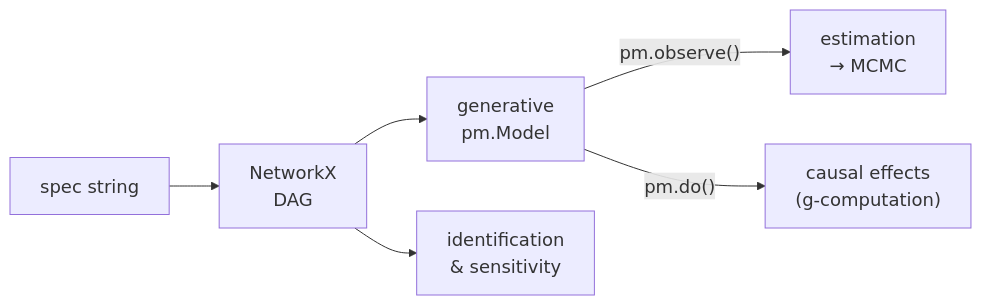
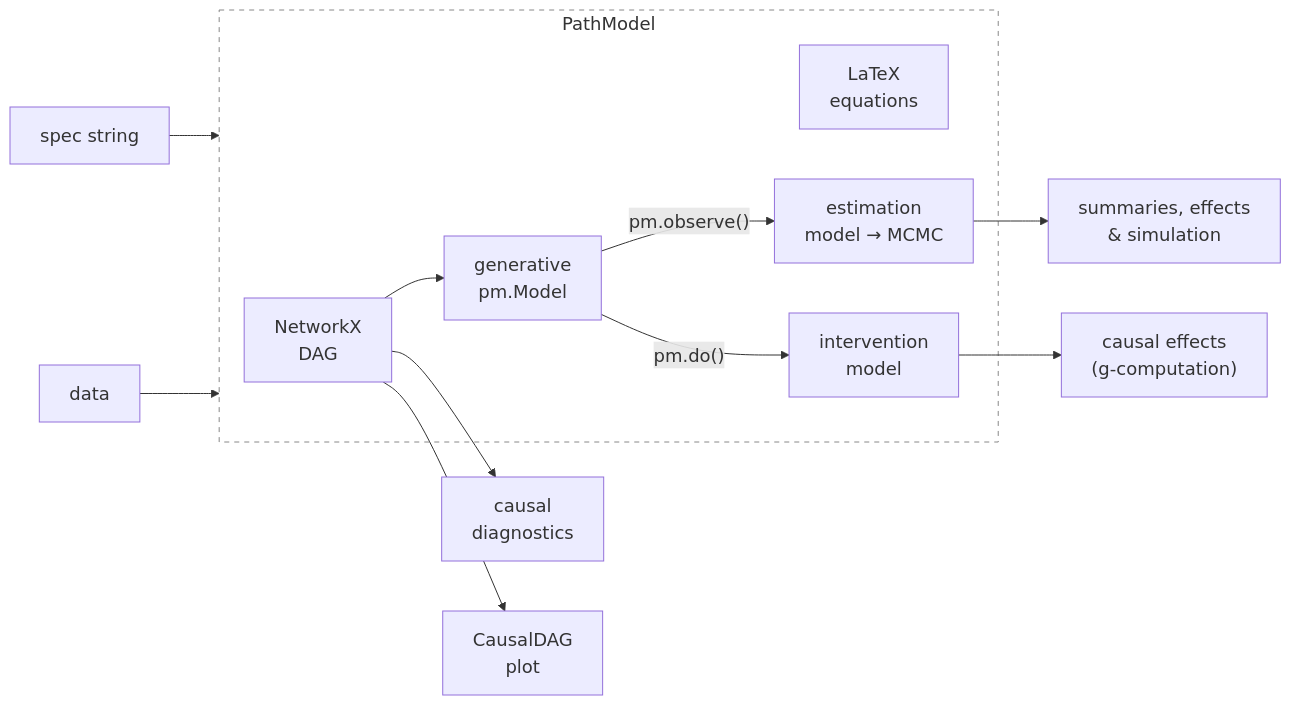
One commit to pymc-labs/pathmc changed the first of 3 diagrams in docs/how-it-works.qmd. Above: the diagram before and after it, drawn with Mermaid. The commit also changed other lines of this file, not shown here.

Commit message:
Docs: Revise quick overview to show PathModel architecture and causal diagnostics
Rework the how-it-works overview diagram and text to more accurately
reflect the PathModel as the central object. The diagram now shows
inputs (spec string, data) flowing into a PathModel container that
holds the DAG, LaTeX equations, and generative model with its two
derived models (estimation via pm.observe, intervention via pm.do).
Outputs radiate outward: summaries/effects/simulation, causal effects,
causal diagnostics, and CausalDAG plot.

Expand the causal diagnostics description with bullet points covering
identification, collider warnings, implied independence testing, and
sensitivity analysis.

Made-with: Cursor

````diff
--- a/docs/how-it-works.qmd
+++ b/docs/how-it-works.qmd
@@ -10,9 +10,20 @@
 ```{mermaid}
 %%{init: {'theme': 'default', 'themeVariables': {'fontSize': '18px'}}}%%
 flowchart LR
-    A["spec string"] --> B["NetworkX<br/>DAG"]
-    B --> C["generative<br/>pm.Model"]
-    C -->|"pm.observe()"| D["estimation<br/>→ MCMC"]
-    C -->|"pm.do()"| E["causal effects<br/>(g-computation)"]
-    B --> F["identification<br/>& sensitivity"]
+    A["spec string"] --> PM
+    D["data"] --> PM
+
+    subgraph PM [" PathModel "]
+        B["NetworkX<br/>DAG"] --> C["generative<br/>pm.Model"]
+        M["LaTeX<br/>equations"]
+        C -->|"pm.observe()"| E["estimation<br/>model → MCMC"]
+        C -->|"pm.do()"| F["intervention<br/>model"]
+    end
+
+    E --> H["summaries, effects<br/>& simulation"]
+    F --> G["causal effects<br/>(g-computation)"]
+    B --> K["causal<br/>diagnostics"]
+    B --> L["CausalDAG<br/>plot"]
+
+    style PM fill:none,stroke:#888,stroke-dasharray:5 5
 ```
````
